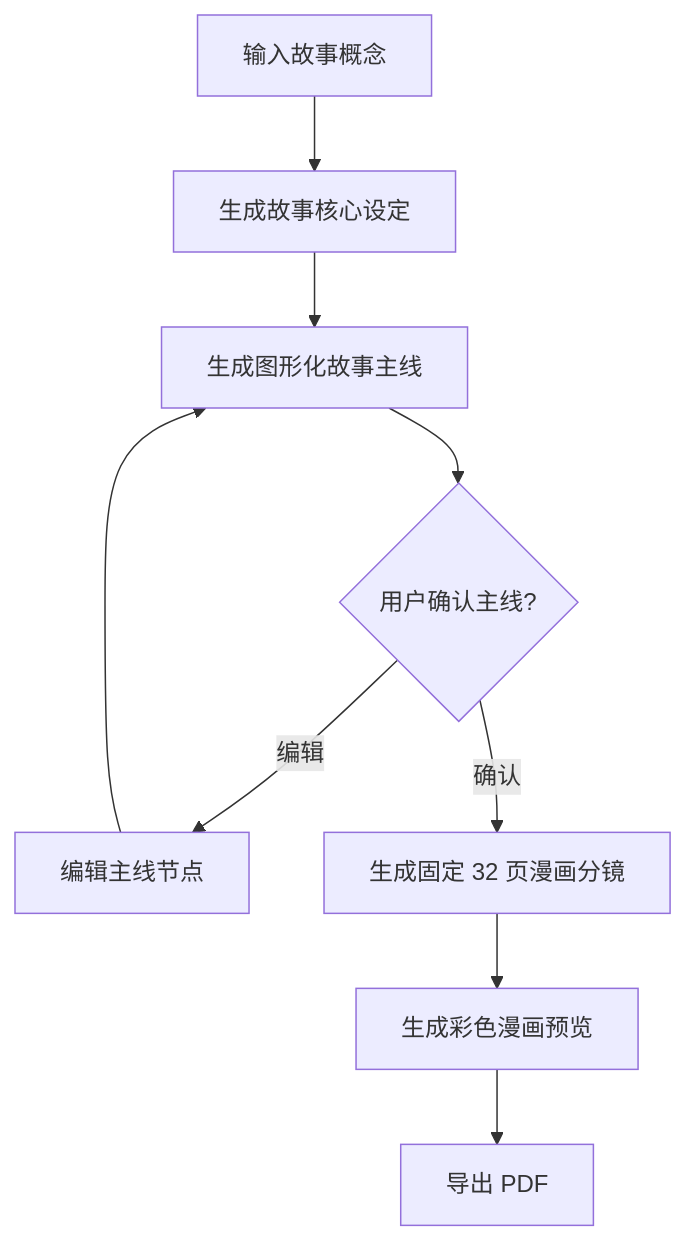
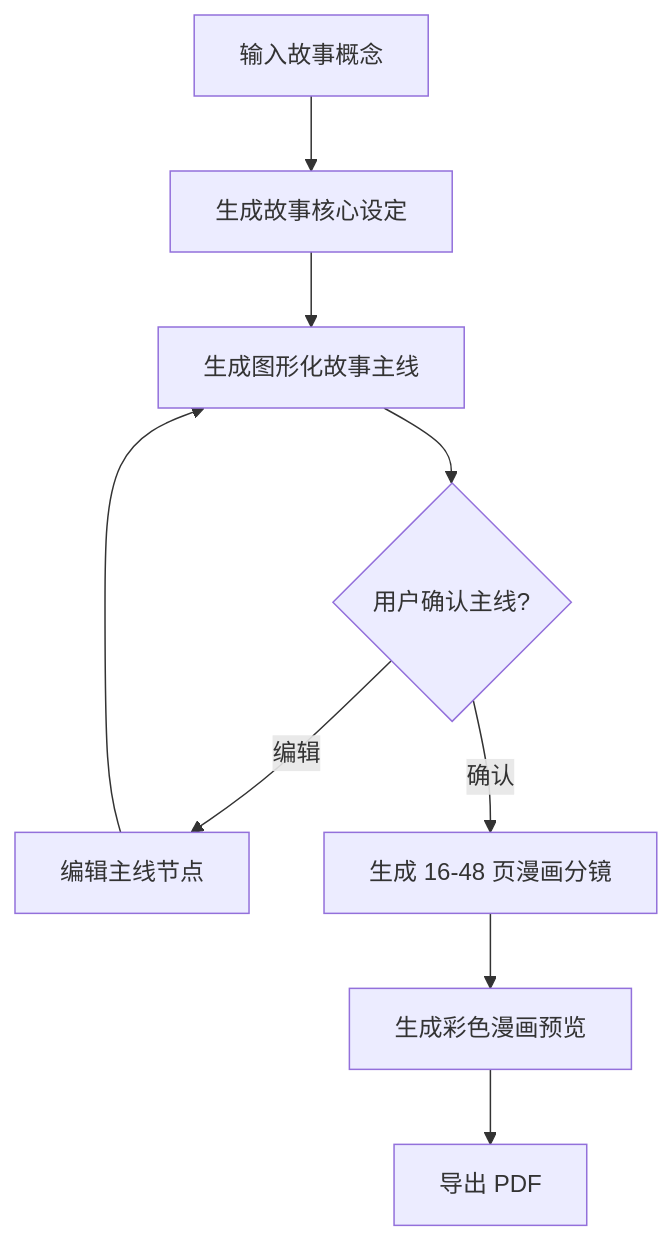
One commit to yaochx/KidsMindSpark changed the diagram in docs/PRD.md. Above: the diagram before and after it, drawn with Mermaid. The commit also changed other lines of this file and 27 other files, not shown here.

````diff
--- a/docs/PRD.md
+++ b/docs/PRD.md
@@ -48,11 +49,11 @@
 ```mermaid
 flowchart TD
     A[输入故事概念] --> B[生成故事核心设定]
     B --> C[生成图形化故事主线]
     C --> D{用户确认主线?}
     D -- 编辑 --> E[编辑主线节点]
     E --> C
-    D -- 确认 --> F[生成固定 32 页漫画分镜]
+    D -- 确认 --> F[生成 16-48 页漫画分镜]
     F --> G[生成彩色漫画预览]
     G --> H[导出 PDF]
 ```
````
